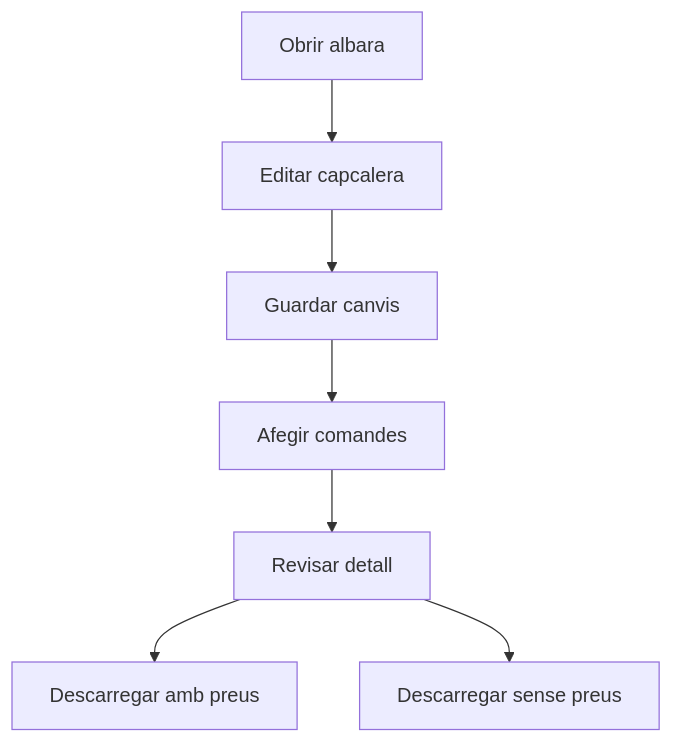
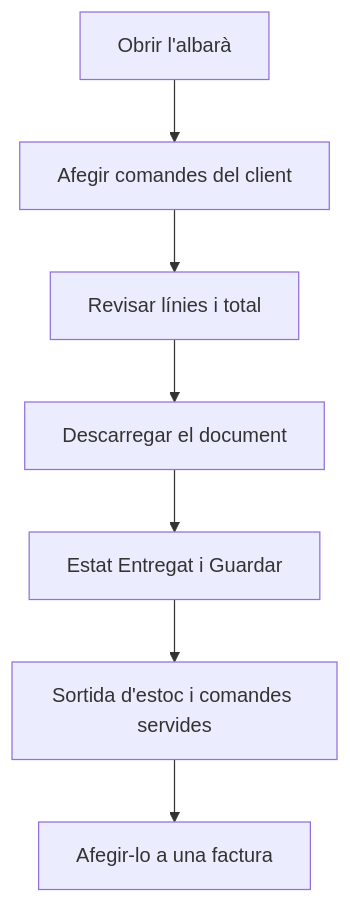
Before and after one commit to MGurtD/lilith: the diagram in frontend/src/help/ca/sales/deliverynote/detail.md, drawn with Mermaid. The commit also changed other lines of this file and 331 other files, not shown here.

````diff
--- a/frontend/src/help/ca/sales/deliverynote/detail.md
+++ b/frontend/src/help/ca/sales/deliverynote/detail.md
@@ -39,9 +58,9 @@
 ```mermaid
 flowchart TD
-    A[Obrir albara] --> B[Editar capcalera]
-    B --> C[Guardar canvis]
-    C --> D[Afegir comandes]
-    D --> E[Revisar detall]
-    E --> F[Descarregar amb preus]
-    E --> G[Descarregar sense preus]
+    A[Obrir l'albarà] --> B[Afegir comandes del client]
+    B --> C[Revisar línies i total]
+    C --> D[Descarregar el document]
+    D --> E[Estat Entregat i Guardar]
+    E --> F[Sortida d'estoc i comandes servides]
+    F --> G[Afegir-lo a una factura]
 ```
````
